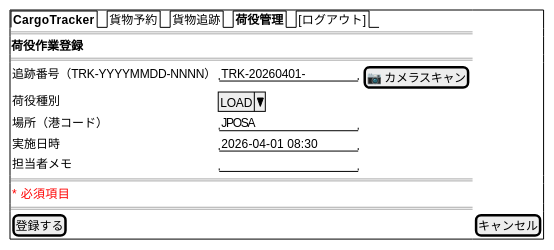
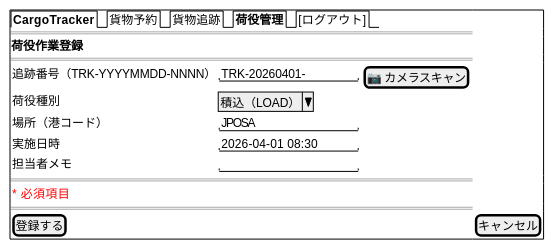
One commit to k2works/case-study-cargo-tracker changed diagram 11 of 23 in docs/design/ui_design.md. Above: the diagram before and after it, drawn with PlantUML. The commit also changed other lines of this file, not shown here.

````diff
--- a/docs/design/ui_design.md
+++ b/docs/design/ui_design.md
@@ -655,23 +724,23 @@
 ```plantuml
 @startsalt
 {+
   {/ <b>CargoTracker</b> | 貨物予約 | 貨物追跡 | <b>荷役管理</b> | [ログアウト] }
   ==
   <b>荷役作業登録</b>
   ==
   {
     追跡番号（TRK-YYYYMMDD-NNNN） | "TRK-20260401-    " | [📷 カメラスキャン]
-    荷役種別                       | ^LOAD^
+    荷役種別                       | ^積込（LOAD）^
     場所（港コード）               | "JPOSA            "
     実施日時                       | "2026-04-01 08:30 "
     担当者メモ                     | "                 "
   }
   ==
   {
     <color:red>* 必須項目</color>
   }
   ==
   [登録する] | [キャンセル]
 }
 @endsalt
 ```
````
